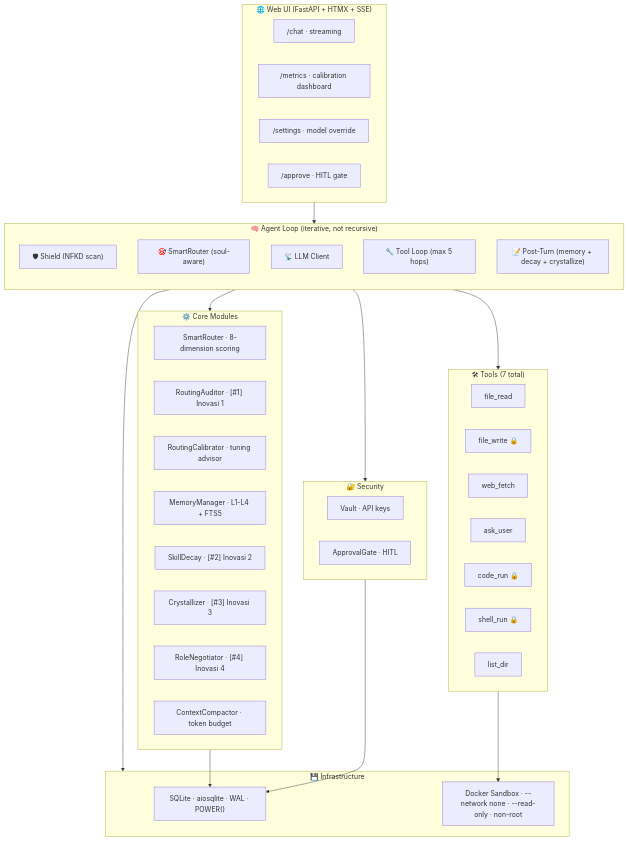
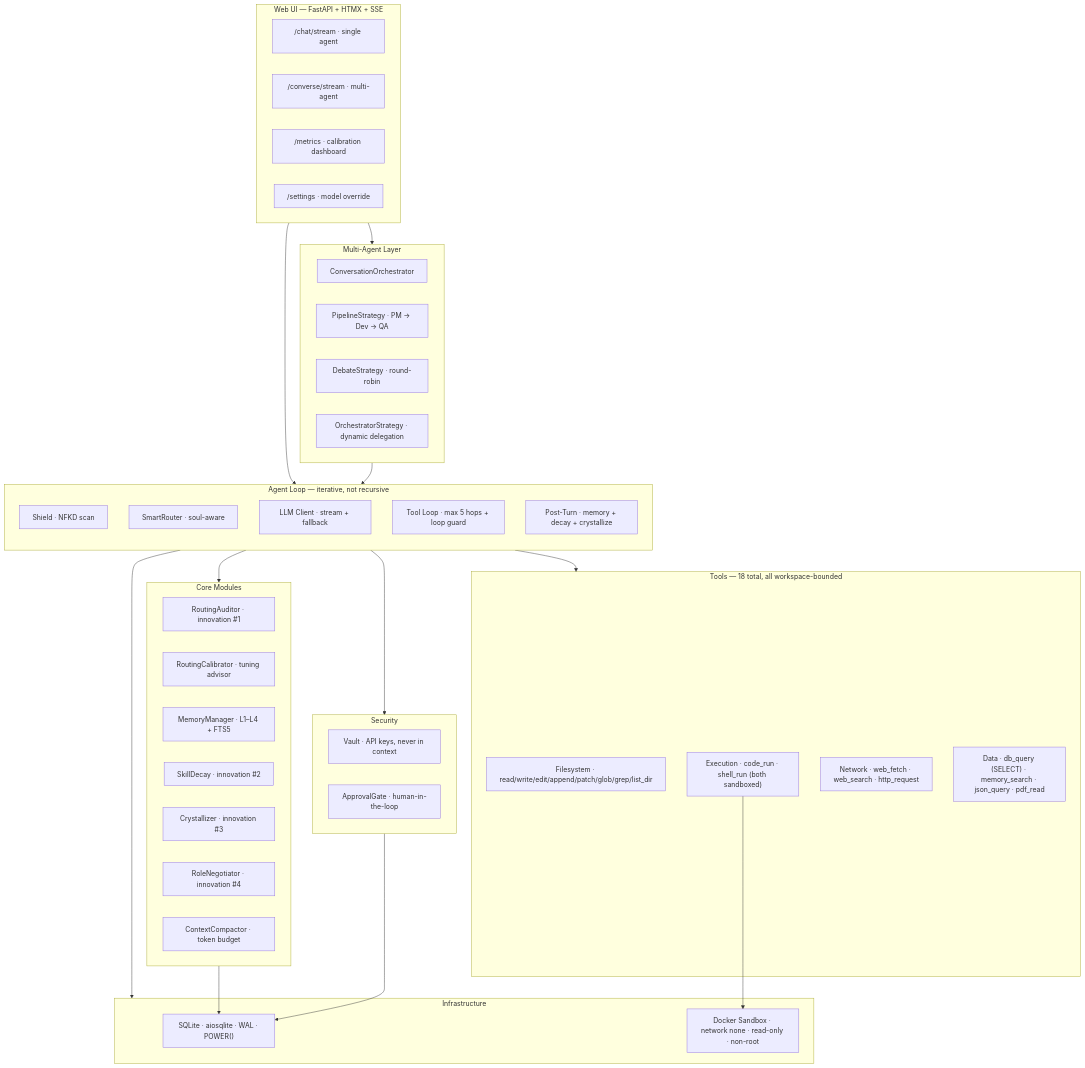
One commit to MuhammadHasbiAshshiddieqy/OpenClawn changed the first of 5 diagrams in README.md. Above: the diagram before and after it, drawn with Mermaid. The commit also changed other lines of this file, not shown here.

First line of the commit message:
docs(readme): audit + fix diagrams, drop emoji, sync with actual code

````diff
--- a/README.md
+++ b/README.md
@@ -74,58 +79,63 @@
 ```mermaid
 graph TB
-    subgraph UI["🌐 Web UI (FastAPI + HTMX + SSE)"]
-        CHAT["/chat · streaming"]
+    subgraph UI["Web UI — FastAPI + HTMX + SSE"]
+        CHAT["/chat/stream · single agent"]
+        CONVERSE["/converse/stream · multi-agent"]
         METRICS["/metrics · calibration dashboard"]
         SETTINGS["/settings · model override"]
-        APPROVE["/approve · HITL gate"]
     end
 
-    subgraph AGENT["🧠 Agent Loop (iterative, not recursive)"]
-        direction TB
-        SHIELD["🛡 Shield (NFKD scan)"]
-        ROUTE["🎯 SmartRouter (soul-aware)"]
-        LLMCALL["📡 LLM Client"]
-        TOOLLOOP["🔧 Tool Loop (max 5 hops)"]
-        POST["📝 Post-Turn (memory + decay + crystallize)"]
+    subgraph CONVO["Multi-Agent Layer"]
+        ORCH["ConversationOrchestrator"]
+        PIPE["PipelineStrategy · PM &rarr; Dev &rarr; QA"]
+        DEBATE["DebateStrategy · round-robin"]
+        LEAD["OrchestratorStrategy · dynamic delegation"]
     end
 
-    subgraph MODULES["⚙️ Core Modules"]
-        ROUTER["SmartRouter · 8-dimension scoring"]
-        AUDITOR["RoutingAuditor · [#1] Inovasi 1"]
+    subgraph AGENT["Agent Loop — iterative, not recursive"]
+        direction TB
+        SHIELD["Shield · NFKD scan"]
+        ROUTE["SmartRouter · soul-aware"]
+        LLMCALL["LLM Client · stream + fallback"]
+        TOOLLOOP["Tool Loop · max 5 hops + loop guard"]
+        POST["Post-Turn · memory + decay + crystallize"]
+    end
+
+    subgraph MODULES["Core Modules"]
+        AUDITOR["RoutingAuditor · innovation #1"]
         CALIB["RoutingCalibrator · tuning advisor"]
-        MEMORY["MemoryManager · L1-L4 + FTS5"]
-        DECAY["SkillDecay · [#2] Inovasi 2"]
-        CRYSTAL["Crystallizer · [#3] Inovasi 3"]
-        CONTRACTS["RoleNegotiator · [#4] Inovasi 4"]
+        MEMORY["MemoryManager · L1–L4 + FTS5"]
+        DECAY["SkillDecay · innovation #2"]
+        CRYSTAL["Crystallizer · innovation #3"]
+        CONTRACTS["RoleNegotiator · innovation #4"]
         COMPACTOR["ContextCompactor · token budget"]
     end
 
-    subgraph TOOLS["🛠 Tools (7 total)"]
-        FR["file_read"]
-        FW["file_write 🔒"]
-        WF["web_fetch"]
-        AU["ask_user"]
-        CR["code_run 🔒"]
-        SH["shell_run 🔒"]
-        LD["list_dir"]
+    subgraph TOOLS["Tools — 18 total, all workspace-bounded"]
+        FS["Filesystem · read/write/edit/append/patch/glob/grep/list_dir"]
+        EXEC["Execution · code_run · shell_run (both sandboxed)"]
+        NET["Network · web_fetch · web_search · http_request"]
+        DATA["Data · db_query (SELECT) · memory_search · json_query · pdf_read"]
     end
 
-    subgraph SECURITY["🔐 Security"]
-        VAULT["Vault · API keys"]
-        APPROVAL["ApprovalGate · HITL"]
+    subgraph SECURITY["Security"]
+        VAULT["Vault · API keys, never in context"]
+        APPROVAL["ApprovalGate · human-in-the-loop"]
     end
 
-    subgraph INFRA["💾 Infrastructure"]
+    subgraph INFRA["Infrastructure"]
         DB["SQLite · aiosqlite · WAL · POWER()"]
-        SANDBOX["Docker Sandbox · --network none · --read-only · non-root"]
+        SANDBOX["Docker Sandbox · network none · read-only · non-root"]
     end
 
+    UI --> CONVO
     UI --> AGENT
+    CONVO --> AGENT
     AGENT --> MODULES
     AGENT --> TOOLS
     AGENT --> SECURITY
     AGENT --> INFRA
-    TOOLS --> SANDBOX
+    EXEC --> SANDBOX
     MODULES --> DB
     SECURITY --> DB
 ```
````
